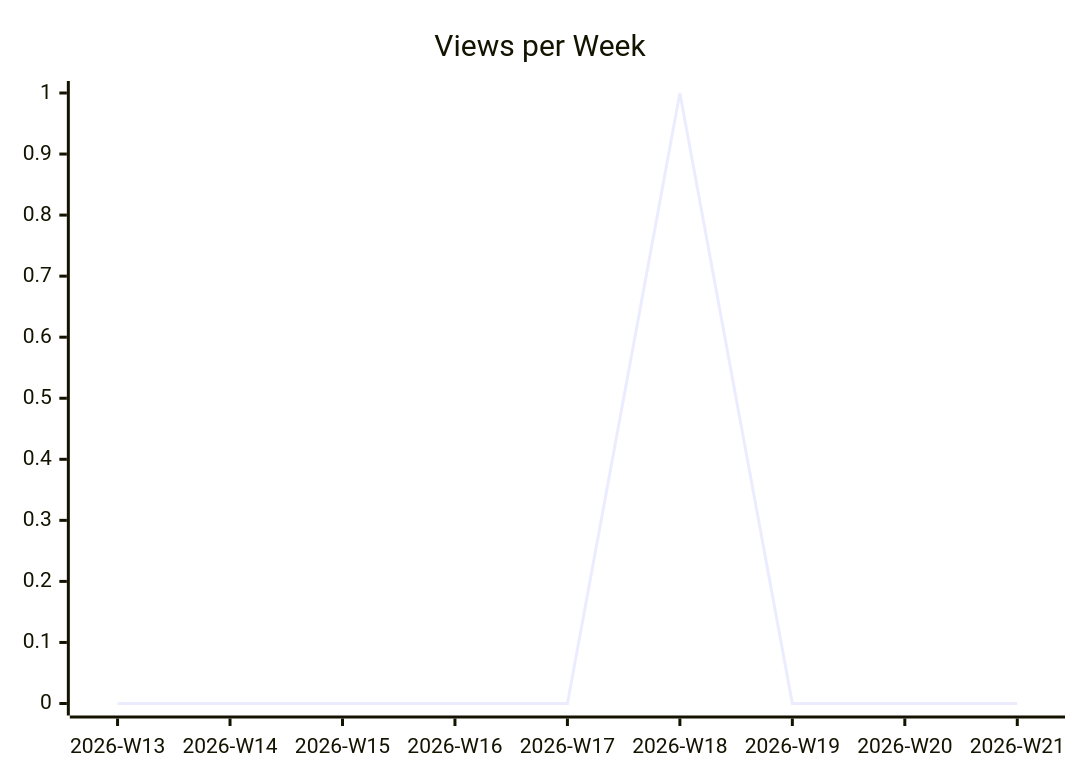
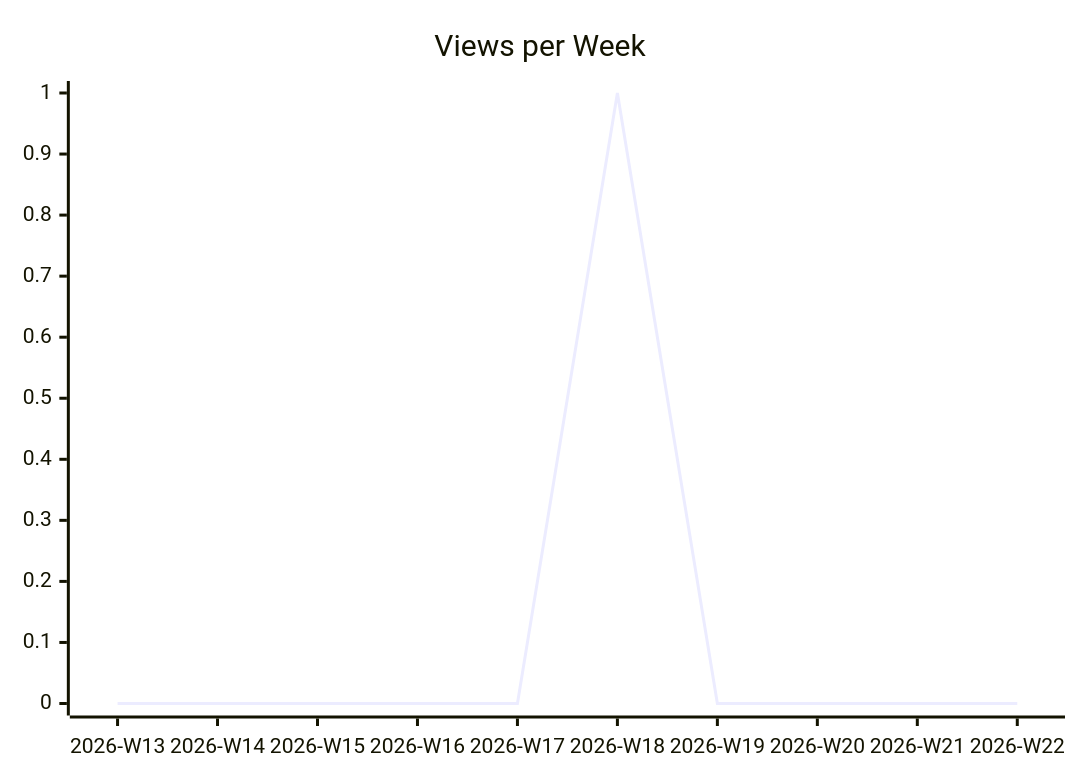
The second of 3 diagrams in karlmdavis/justdavis-karl/README.md (justdavis-family/github-analytics-data), drawn with Mermaid before and after one commit. The commit also changed other lines of this file and 190 other files, not shown here.

````diff
--- a/karlmdavis/justdavis-karl/README.md
+++ b/karlmdavis/justdavis-karl/README.md
@@ -12,6 +12,6 @@
 ```mermaid
 xychart-beta
   title "Views per Week"
-  x-axis ["2026-W13", "2026-W14", "2026-W15", "2026-W16", "2026-W17", "2026-W18", "2026-W19", "2026-W20", "2026-W21"]
-  line [0, 0, 0, 0, 0, 1, 0, 0, 0]
+  x-axis ["2026-W13", "2026-W14", "2026-W15", "2026-W16", "2026-W17", "2026-W18", "2026-W19", "2026-W20", "2026-W21", "2026-W22"]
+  line [0, 0, 0, 0, 0, 1, 0, 0, 0, 0]
 ```
````
